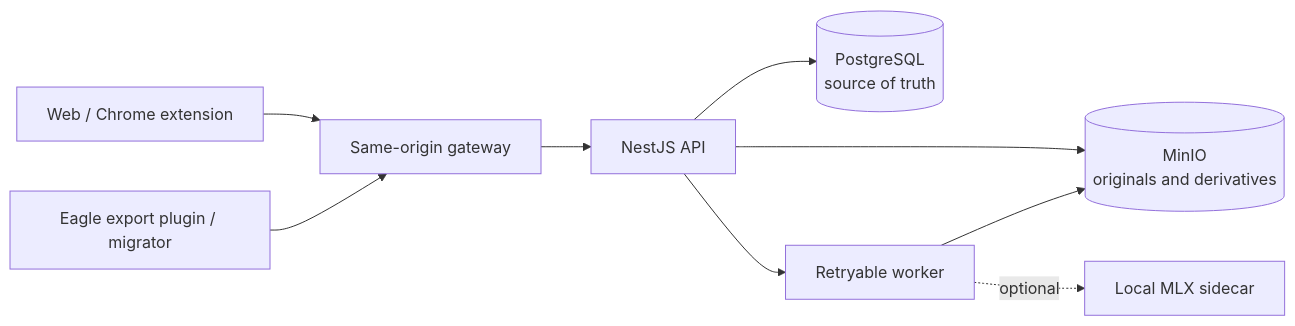
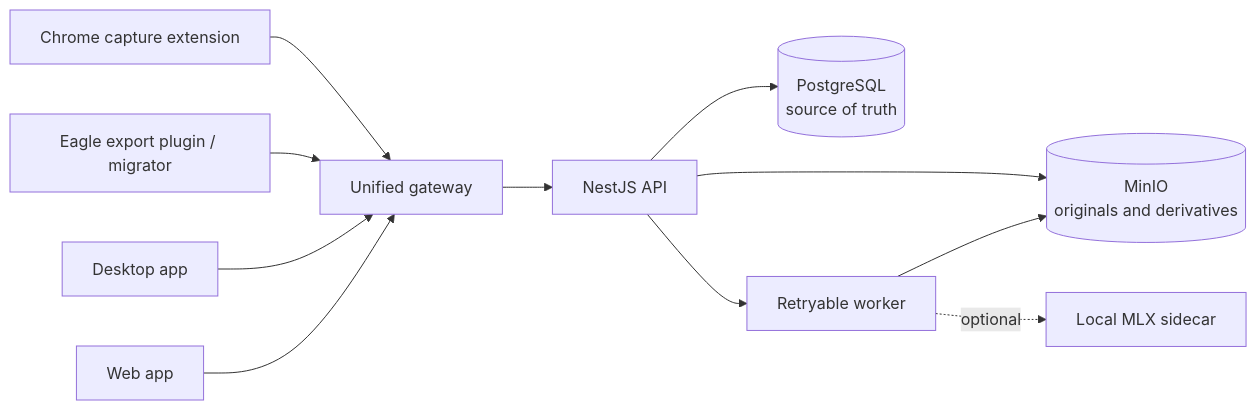
The diagram in README.en.md (Seker800/SekerEagle), drawn with Mermaid before and after one commit. The commit also changed other lines of this file and 1 other file, not shown here.

````diff
--- a/README.en.md
+++ b/README.en.md
@@ -250,11 +265,13 @@
 ```mermaid
 flowchart LR
-  Browser["Web / Chrome extension"] --> Gateway["Same-origin gateway"]
+  Capture["Chrome capture extension"] --> Gateway["Unified gateway"]
   Eagle["Eagle export plugin / migrator"] --> Gateway
+  Desktop["Desktop app"] --> Gateway
+  Web["Web app"] --> Gateway
   Gateway --> API["NestJS API"]
   API --> Postgres[("PostgreSQL\nsource of truth")]
   API --> MinIO[("MinIO\noriginals and derivatives")]
   API --> Worker["Retryable worker"]
   Worker --> MinIO
   Worker -. optional .-> MLX["Local MLX sidecar"]
 ```
````
